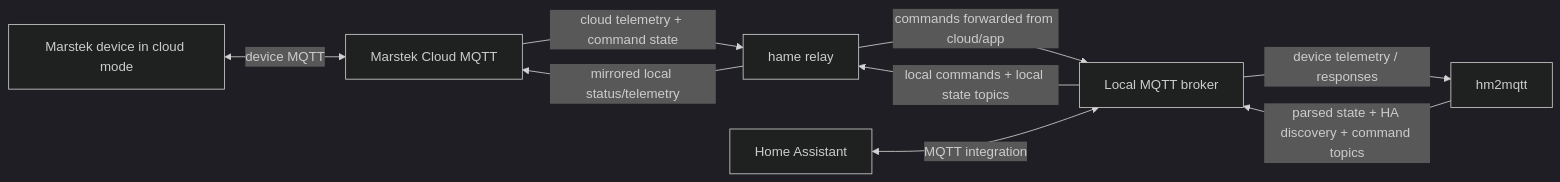
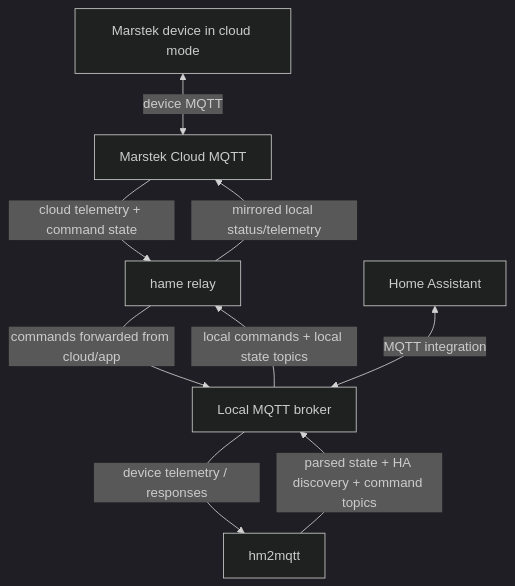
One commit to tomquist/hm2mqtt changed the second of 2 diagrams in README.md. Above: the diagram before and after it, drawn with Mermaid (dark theme). The commit also changed other lines of this file, not shown here.

Commit message:
docs: improve diagram layout with vertical flow

````diff
--- a/README.md
+++ b/README.md
@@ -80,11 +82,14 @@
 ```mermaid
-flowchart LR
+flowchart TB
     Device[Marstek device in cloud mode] <-->|device MQTT| CloudMQTT[Marstek Cloud MQTT]
+
     CloudMQTT -->|cloud telemetry + command state| Relay[hame relay]
     Relay -->|mirrored local status/telemetry| CloudMQTT
+
     Broker[Local MQTT broker] -->|local commands + local state topics| Relay
     Relay -->|commands forwarded from cloud/app| Broker
+
     Broker -->|device telemetry / responses| HM2MQTT[hm2mqtt]
     HM2MQTT -->|parsed state + HA discovery + command topics| Broker
     HA[Home Assistant] <-->|MQTT integration| Broker
 ```
````
